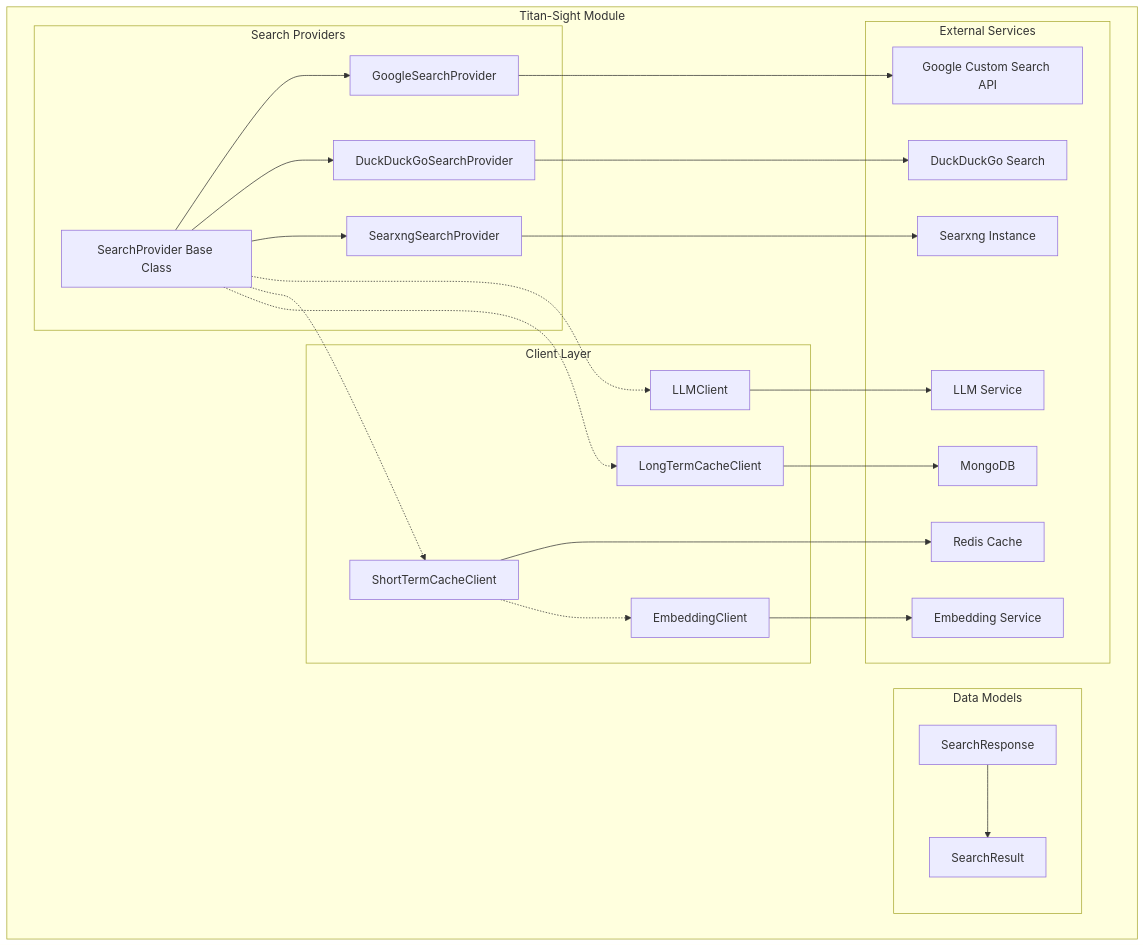
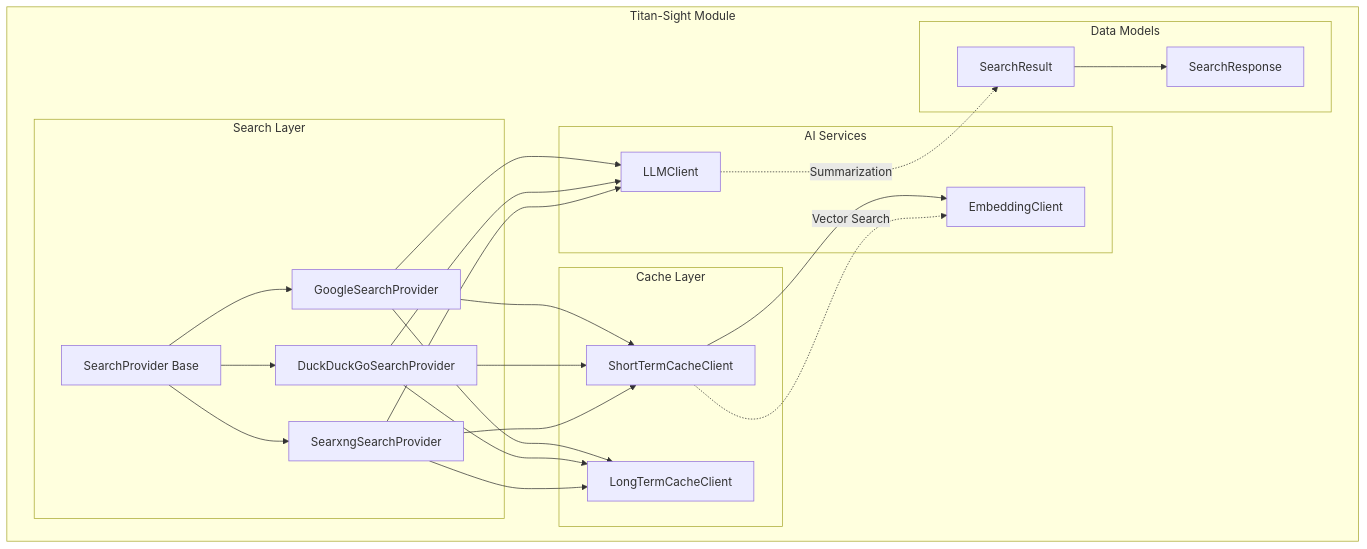
The first of 2 diagrams in docs/overview.md (anhnh2002/titan-sight), drawn with Mermaid before and after one commit. The commit also changed other lines of this file and 10 other files, not shown here.

````diff
--- a/docs/overview.md
+++ b/docs/overview.md
@@ -9,53 +18,49 @@
 ```mermaid
 graph TB
     subgraph "Titan-Sight Module"
-        subgraph "Search Providers"
-            SP[SearchProvider Base Class]
+        subgraph "Search Layer"
+            SP[SearchProvider Base]
             GSP[GoogleSearchProvider]
             DSP[DuckDuckGoSearchProvider]
             SSP[SearxngSearchProvider]
         end
         
-        subgraph "Client Layer"
+        subgraph "Cache Layer"
+            STCC[ShortTermCacheClient]
+            LTCC[LongTermCacheClient]
+        end
+        
+        subgraph "AI Services"
+            EC[EmbeddingClient]
             LC[LLMClient]
-            EC[EmbeddingClient]
-            STC[ShortTermCacheClient]
-            LTC[LongTermCacheClient]
         end
         
         subgraph "Data Models"
-            SR[SearchResponse]
-            SRes[SearchResult]
-        end
-        
-        subgraph "External Services"
-            Google[Google Custom Search API]
-            DDG[DuckDuckGo Search]
-            Searx[Searxng Instance]
-            LLM[LLM Service]
-            Embedding[Embedding Service]
-            Redis[Redis Cache]
-            Mongo[MongoDB]
+            SR[SearchResult]
+            SResp[SearchResponse]
         end
     end
     
     SP --> GSP
     SP --> DSP
     SP --> SSP
     
-    GSP --> Google
-    DSP --> DDG
-    SSP --> Searx
+    GSP --> STCC
+    DSP --> STCC
+    SSP --> STCC
     
-    LC --> LLM
-    EC --> Embedding
-    STC --> Redis
-    LTC --> Mongo
+    GSP --> LTCC
+    DSP --> LTCC
+    SSP --> LTCC
     
-    SP -.-> LC
-    SP -.-> STC
-    SP -.-> LTC
+    STCC --> EC
     
-    SR --> SRes
-    STC -.-> EC
+    GSP --> LC
+    DSP --> LC
+    SSP --> LC
+    
+    SR --> SResp
+    
+    STCC -.-> |Vector Search| EC
+    LC -.-> |Summarization| SR
 ```
````
